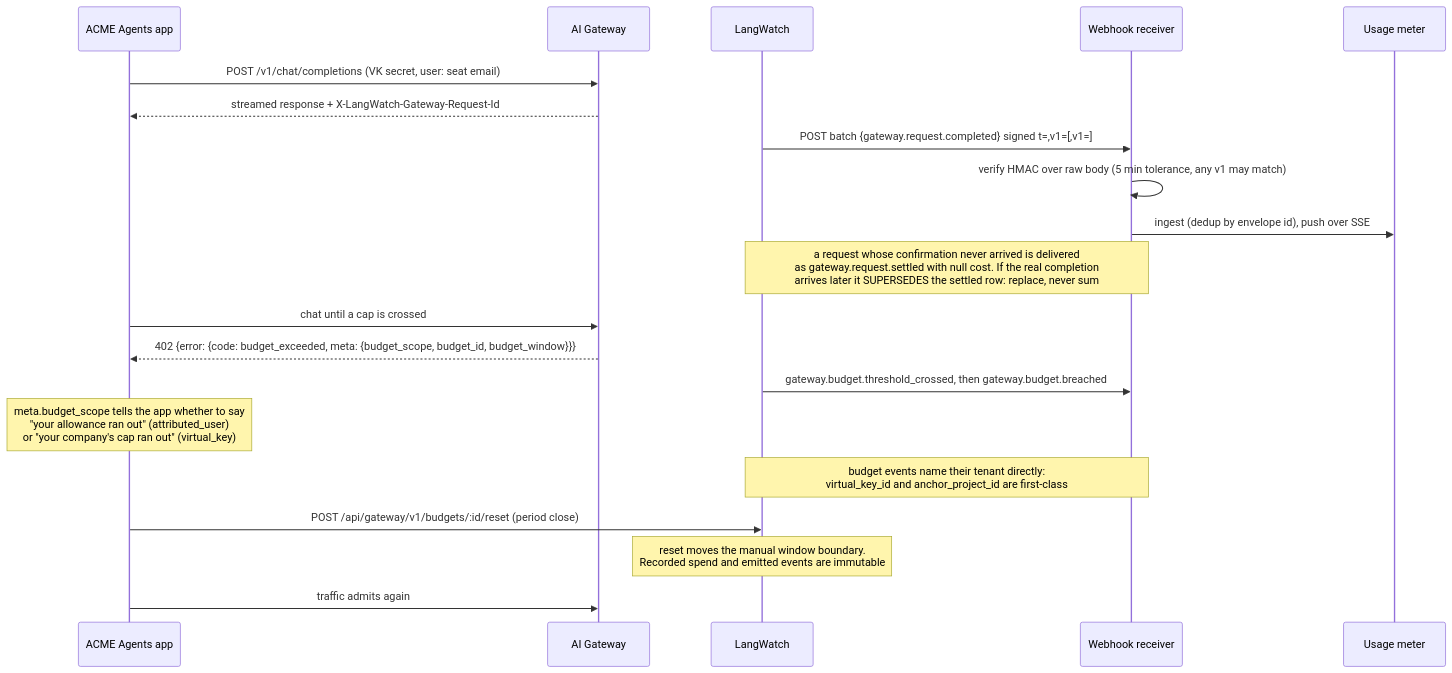
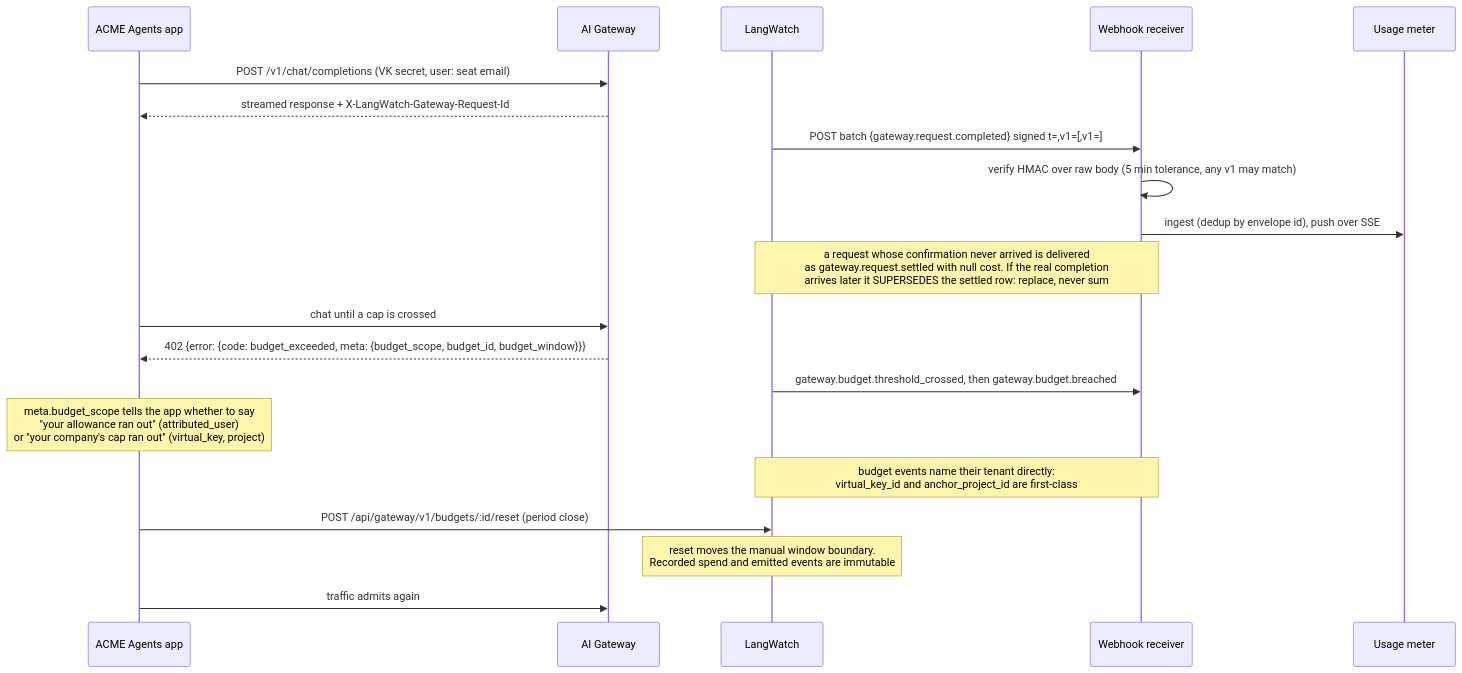
Before and after one commit to langwatch/agent-billing-demo: the second of 2 diagrams in README.md, drawn with Mermaid. The commit also changed other lines of this file and 2 other files, not shown here.

````diff
--- a/README.md
+++ b/README.md
@@ -230,25 +266,25 @@
 ```mermaid
 sequenceDiagram
     participant App as ACME Agents app
     participant GW as AI Gateway
     participant LW as LangWatch
     participant RX as Webhook receiver
     participant UI as Usage meter
 
     App->>GW: POST /v1/chat/completions (VK secret, user: seat email)
     GW-->>App: streamed response + X-LangWatch-Gateway-Request-Id
     LW->>RX: POST batch {gateway.request.completed} signed t=,v1=[,v1=]
     RX->>RX: verify HMAC over raw body (5 min tolerance, any v1 may match)
     RX->>UI: ingest (dedup by envelope id), push over SSE
     Note over LW,RX: a request whose confirmation never arrived is delivered<br/>as gateway.request.settled with null cost. If the real completion<br/>arrives later it SUPERSEDES the settled row: replace, never sum
 
     App->>GW: chat until a cap is crossed
     GW-->>App: 402 {error: {code: budget_exceeded, meta: {budget_scope, budget_id, budget_window}}}
     LW->>RX: gateway.budget.threshold_crossed, then gateway.budget.breached
-    Note over App: meta.budget_scope tells the app whether to say<br/>"your allowance ran out" (attributed_user)<br/>or "your company's cap ran out" (virtual_key)
+    Note over App: meta.budget_scope tells the app whether to say<br/>"your allowance ran out" (attributed_user)<br/>or "your company's cap ran out" (virtual_key, project)
     Note over LW,RX: budget events name their tenant directly:<br/>virtual_key_id and anchor_project_id are first-class
 
     App->>LW: POST /api/gateway/v1/budgets/:id/reset  (period close)
     Note over LW: reset moves the manual window boundary.<br/>Recorded spend and emitted events are immutable
     App->>GW: traffic admits again
 ```
````
